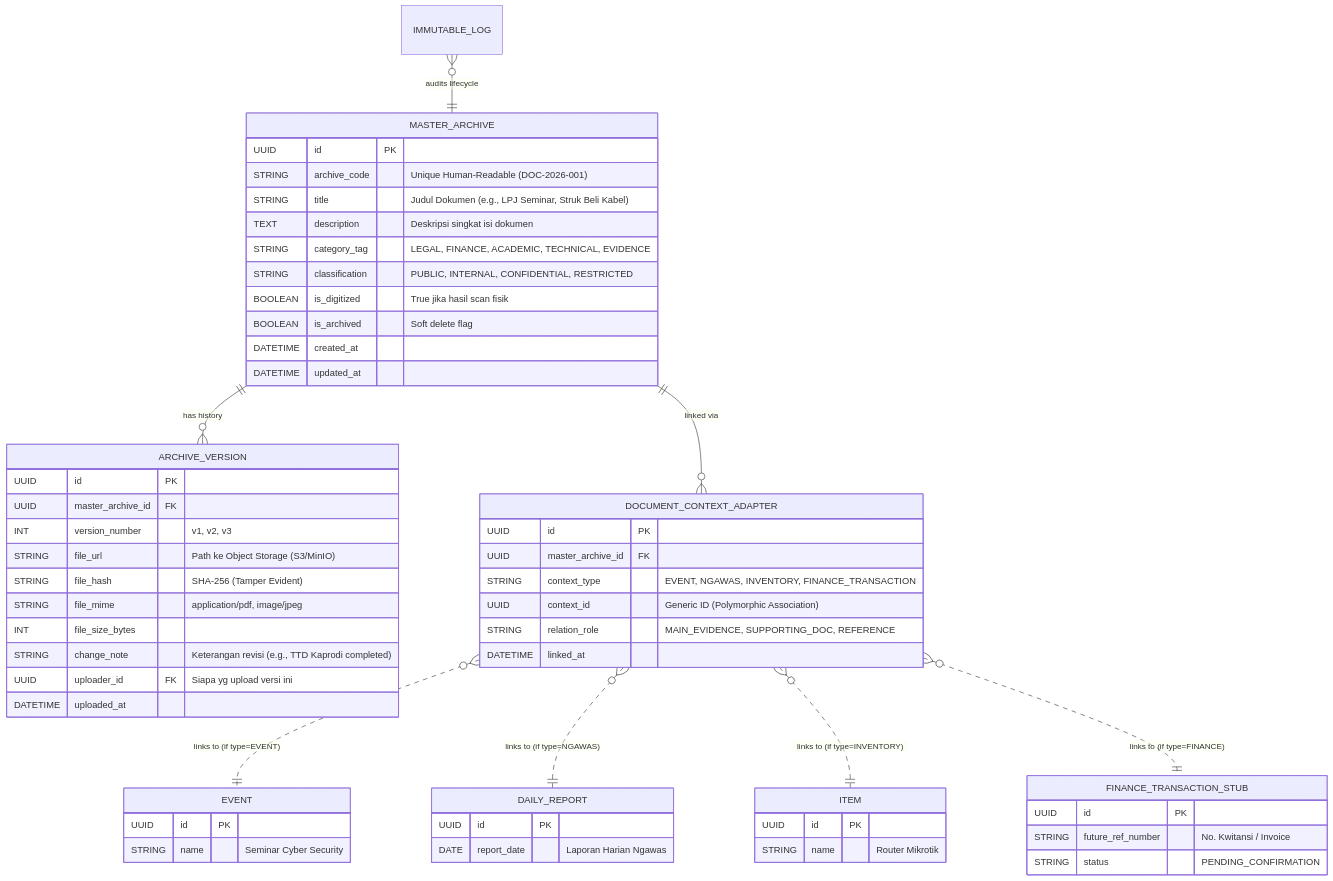
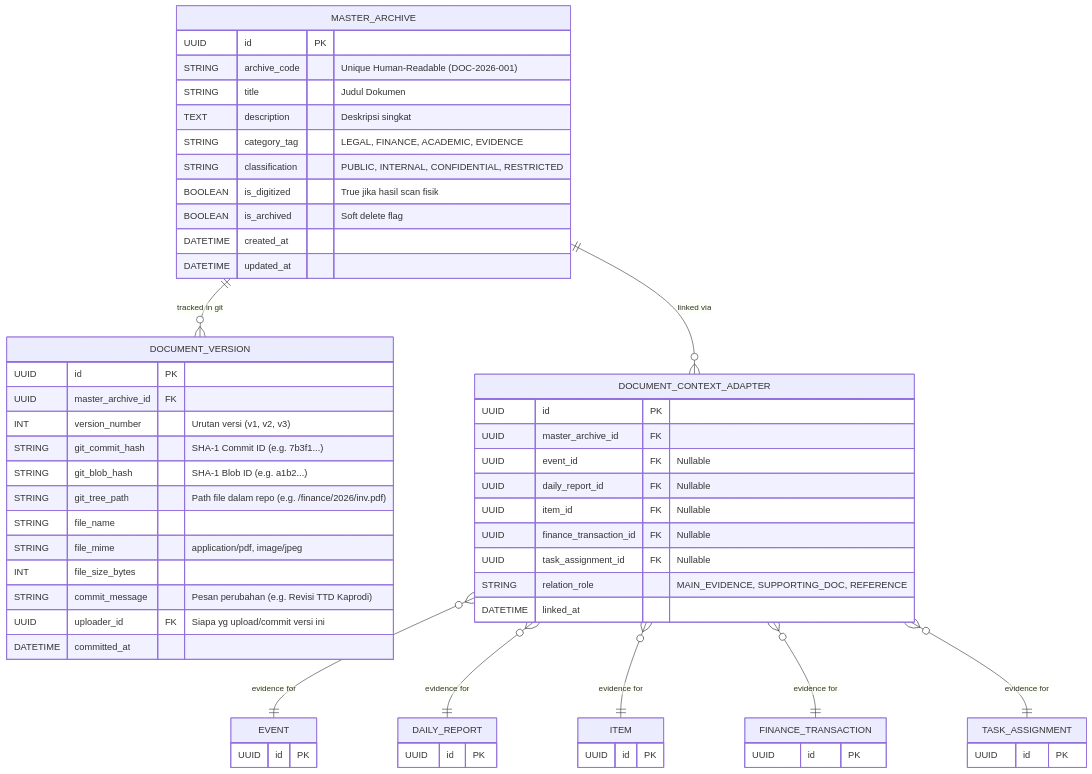
Before and after one commit to zuudevs/SAQ-ERP: the diagram in docs/erd/dokumen_dan_arsip.md, drawn with Mermaid. The commit also changed 3 other files, not shown here.

Commit message:
feat: Update ERD documentation for archive, task, and immutable log; add data dictionary updates

````diff
--- a/docs/erd/dokumen_dan_arsip.md
+++ b/docs/erd/dokumen_dan_arsip.md
@@ -1,19 +1,19 @@
 ```mermaid
 erDiagram
     %% ==========================================
-    %% 1. GUDANG UTAMA (The Parent)
+    %% 1. GUDANG UTAMA (Metadata Only)
     %% ==========================================
     MASTER_ARCHIVE {
         UUID id PK
         STRING archive_code "Unique Human-Readable (DOC-2026-001)"
-        STRING title "Judul Dokumen (e.g., LPJ Seminar, Struk Beli Kabel)"
-        TEXT description "Deskripsi singkat isi dokumen"
+        STRING title "Judul Dokumen"
+        TEXT description "Deskripsi singkat"
         
-        %% Kategori Global (Tag-based sesuai Blueprint)
-        STRING category_tag "LEGAL, FINANCE, ACADEMIC, TECHNICAL, EVIDENCE"
+        %% Kategori & Akses
+        STRING category_tag "LEGAL, FINANCE, ACADEMIC, EVIDENCE"
+        STRING classification "PUBLIC, INTERNAL, CONFIDENTIAL, RESTRICTED"
         
-        %% Akses & Keamanan
-        STRING classification "PUBLIC, INTERNAL, CONFIDENTIAL, RESTRICTED"
+        %% Status
         BOOLEAN is_digitized "True jika hasil scan fisik"
         BOOLEAN is_archived "Soft delete flag"
         
@@ -22,38 +22,47 @@
     }
 
     %% ==========================================
-    %% 2. VERSI FILE (Versioning System)
+    %% 2. VERSION CONTROL (GIT INTEGRATION)
     %% ==========================================
-    ARCHIVE_VERSION {
+    %% File fisik dikelola oleh libgit2 di backend server.
+    %% Database hanya mencatat pointer ke Commit Git.
+    DOCUMENT_VERSION {
         UUID id PK
         UUID master_archive_id FK
-        INT version_number "v1, v2, v3"
+        INT version_number "Urutan versi (v1, v2, v3)"
         
-        %% Metadata File Fisik
-        STRING file_url "Path ke Object Storage (S3/MinIO)"
-        STRING file_hash "SHA-256 (Tamper Evident)"
+        %% Git References (The Real Storage)
+        STRING git_commit_hash "SHA-1 Commit ID (e.g. 7b3f1...)"
+        STRING git_blob_hash "SHA-1 Blob ID (e.g. a1b2...)"
+        STRING git_tree_path "Path file dalam repo (e.g. /finance/2026/inv.pdf)"
+        
+        %% Metadata File
+        STRING file_name
         STRING file_mime "application/pdf, image/jpeg"
         INT file_size_bytes
         
         %% Context Revisi
-        STRING change_note "Keterangan revisi (e.g., TTD Kaprodi completed)"
-        UUID uploader_id FK "Siapa yg upload versi ini"
-        DATETIME uploaded_at
+        STRING commit_message "Pesan perubahan (e.g. Revisi TTD Kaprodi)"
+        UUID uploader_id FK "Siapa yg upload/commit versi ini"
+        DATETIME committed_at
     }
 
     %% ==========================================
-    %% 3. THE ADAPTER (Jembatan ke Semua Modul)
+    %% 3. THE ADAPTER (EXCLUSIVE ARC PATTERN)
     %% ==========================================
-    %% Inilah "Parent" logic-nya. Satu dokumen bisa nyambung ke banyak modul.
+    %% Jembatan polimorfik yang aman secara SQL.
+    %% Constraint Logic:
+    %% CHECK ( (event_id IS NOT NULL)::int + (item_id IS NOT NULL)::int + ... = 1 )
     DOCUMENT_CONTEXT_ADAPTER {
         UUID id PK
         UUID master_archive_id FK
         
-        %% CONTEXT TYPE: Menentukan tabel mana yg dituju
-        STRING context_type "EVENT, NGAWAS, INVENTORY, FINANCE_TRANSACTION"
-        
-        %% CONTEXT ID: UUID dari record di tabel tujuan
-        UUID context_id "Generic ID (Polymorphic Association)"
+        %% Target References (Nullable Foreign Keys)
+        UUID event_id FK "Nullable"
+        UUID daily_report_id FK "Nullable"
+        UUID item_id FK "Nullable"
+        UUID finance_transaction_id FK "Nullable"
+        UUID task_assignment_id FK "Nullable"
         
         %% Metadata Relasi
         STRING relation_role "MAIN_EVIDENCE, SUPPORTING_DOC, REFERENCE"
@@ -61,52 +70,22 @@
     }
 
     %% ==========================================
-    %% 4. MODUL-MODUL LAIN (Consumer)
+    %% 4. ENTITAS LUAR (Visualisasi Relasi)
     %% ==========================================
-    %% Ini representasi modul yang sudah kita buat sebelumnya
-    
-    EVENT {
-        UUID id PK
-        STRING name "Seminar Cyber Security"
-    }
+    EVENT { UUID id PK }
+    DAILY_REPORT { UUID id PK }
+    ITEM { UUID id PK }
+    FINANCE_TRANSACTION { UUID id PK }
+    TASK_ASSIGNMENT { UUID id PK }
 
-    DAILY_REPORT {
-        UUID id PK
-        DATE report_date "Laporan Harian Ngawas"
-    }
-    
-    ITEM {
-        UUID id PK
-        STRING name "Router Mikrotik"
-    }
-
-    %% ==========================================
-    %% 5. FINANCE ADAPTER (Placeholder/Persiapan)
-    %% ==========================================
-    %% Ini tabel bayangan. Nanti kalau bendahara sudah confirm,
-    %% kamu tinggal bikin tabel aslinya dan sambungkan ID-nya ke sini.
-    FINANCE_TRANSACTION_STUB {
-        UUID id PK
-        STRING future_ref_number "No. Kwitansi / Invoice"
-        STRING status "PENDING_CONFIRMATION"
-    }
-
-    %% ==========================================
     %% RELASI
-    %% ==========================================
-    
-    %% Gudang punya banyak versi
-    MASTER_ARCHIVE ||--o{ ARCHIVE_VERSION : "has history"
-    
-    %% Gudang bisa dipakai di banyak konteks
+    MASTER_ARCHIVE ||--o{ DOCUMENT_VERSION : "tracked in git"
     MASTER_ARCHIVE ||--o{ DOCUMENT_CONTEXT_ADAPTER : "linked via"
     
-    %% Polimorfisme (Visualisasi Logika Adapter)
-    DOCUMENT_CONTEXT_ADAPTER }o..|| EVENT : "links to (if type=EVENT)"
-    DOCUMENT_CONTEXT_ADAPTER }o..|| DAILY_REPORT : "links to (if type=NGAWAS)"
-    DOCUMENT_CONTEXT_ADAPTER }o..|| ITEM : "links to (if type=INVENTORY)"
-    DOCUMENT_CONTEXT_ADAPTER }o..|| FINANCE_TRANSACTION_STUB : "links to (if type=FINANCE)"
-
-    %% Audit Log
-    IMMUTABLE_LOG }o--|| MASTER_ARCHIVE : "audits lifecycle"
+    %% Exclusive Arc Relations (Satu Adapter hanya ke Satu Target)
+    DOCUMENT_CONTEXT_ADAPTER }o--|| EVENT : "evidence for"
+    DOCUMENT_CONTEXT_ADAPTER }o--|| DAILY_REPORT : "evidence for"
+    DOCUMENT_CONTEXT_ADAPTER }o--|| ITEM : "evidence for"
+    DOCUMENT_CONTEXT_ADAPTER }o--|| FINANCE_TRANSACTION : "evidence for"
+    DOCUMENT_CONTEXT_ADAPTER }o--|| TASK_ASSIGNMENT : "evidence for"
 ```
````
